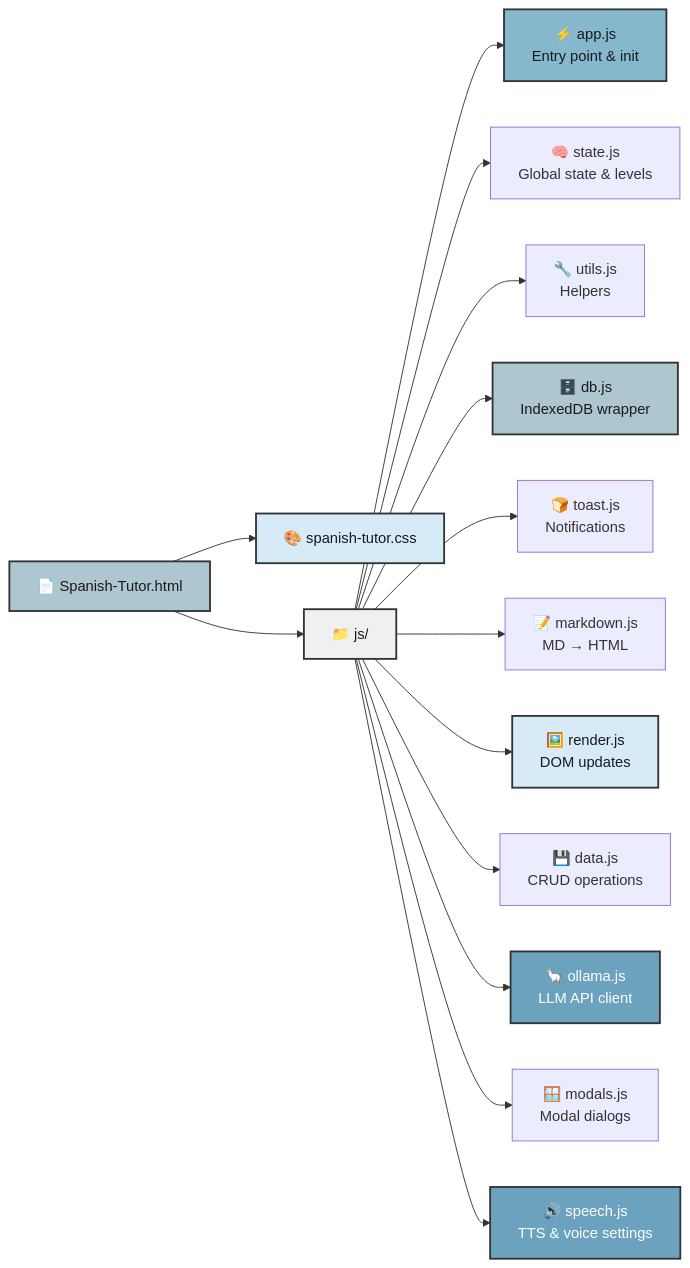
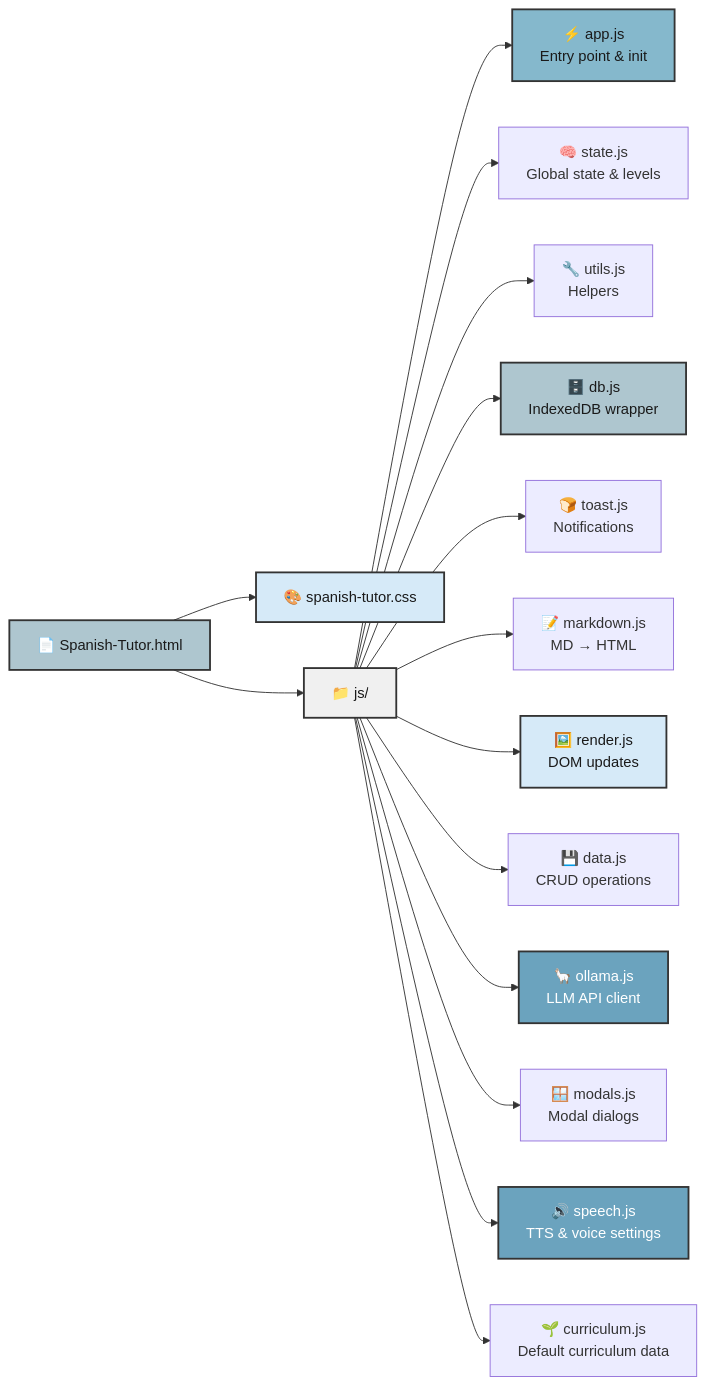
One commit to alangarrod/Spanish-Tutor changed the fourth of 4 diagrams in README.md. Above: the diagram before and after it, drawn with Mermaid. The commit also changed other lines of this file, not shown here.

Commit message:
Update README to include curriculum seeding feature

````diff
--- a/README.md
+++ b/README.md
@@ -133,26 +139,27 @@
 ```mermaid
 graph LR
     HTML["📄 Spanish-Tutor.html"] --> CSS["🎨 spanish-tutor.css"]
     HTML --> JS["📁 js/"]
 
     JS --> app["⚡ app.js<br/>Entry point & init"]
     JS --> state["🧠 state.js<br/>Global state & levels"]
     JS --> utils["🔧 utils.js<br/>Helpers"]
     JS --> db["🗄️ db.js<br/>IndexedDB wrapper"]
     JS --> toast["🍞 toast.js<br/>Notifications"]
     JS --> markdown["📝 markdown.js<br/>MD → HTML"]
     JS --> render["🖼️ render.js<br/>DOM updates"]
     JS --> data["💾 data.js<br/>CRUD operations"]
     JS --> ollama["🦙 ollama.js<br/>LLM API client"]
     JS --> modals["🪟 modals.js<br/>Modal dialogs"]
     JS --> speech["🔊 speech.js<br/>TTS & voice settings"]
+    JS --> curriculum["🌱 curriculum.js<br/>Default curriculum data"]
 
     style HTML fill:#AEC6CF,stroke:#333,stroke-width:2px,color:#1a1a1a
     style CSS fill:#D6EAF8,stroke:#333,stroke-width:2px,color:#1a1a1a
     style JS fill:#F0F0F0,stroke:#333,stroke-width:2px,color:#1a1a1a
     style app fill:#85B8CC,stroke:#333,stroke-width:2px,color:#1a1a1a
     style ollama fill:#6BA3BE,stroke:#333,stroke-width:2px,color:#fff
     style speech fill:#6BA3BE,stroke:#333,stroke-width:2px,color:#fff
     style db fill:#AEC6CF,stroke:#333,stroke-width:2px,color:#1a1a1a
     style render fill:#D6EAF8,stroke:#333,stroke-width:2px,color:#1a1a1a
 ```
````
